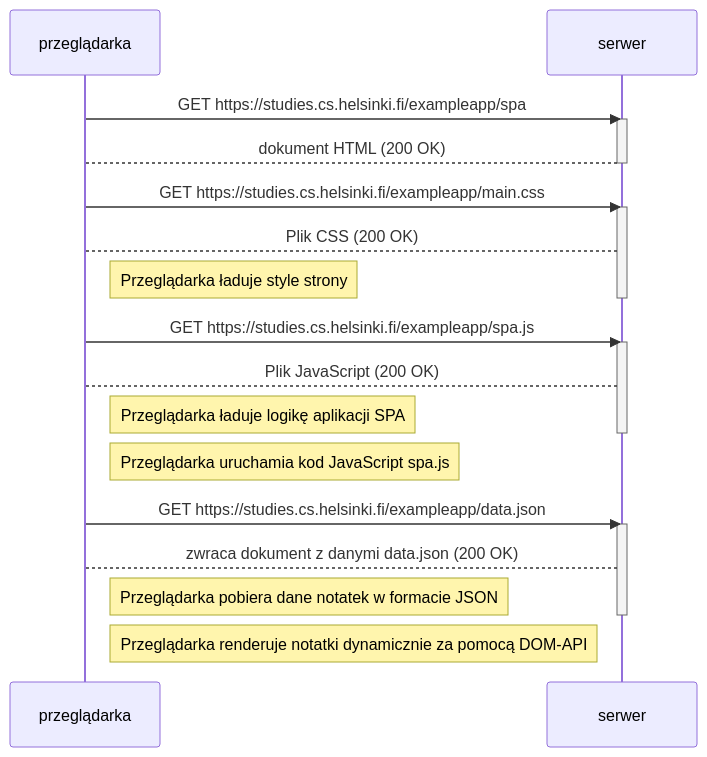
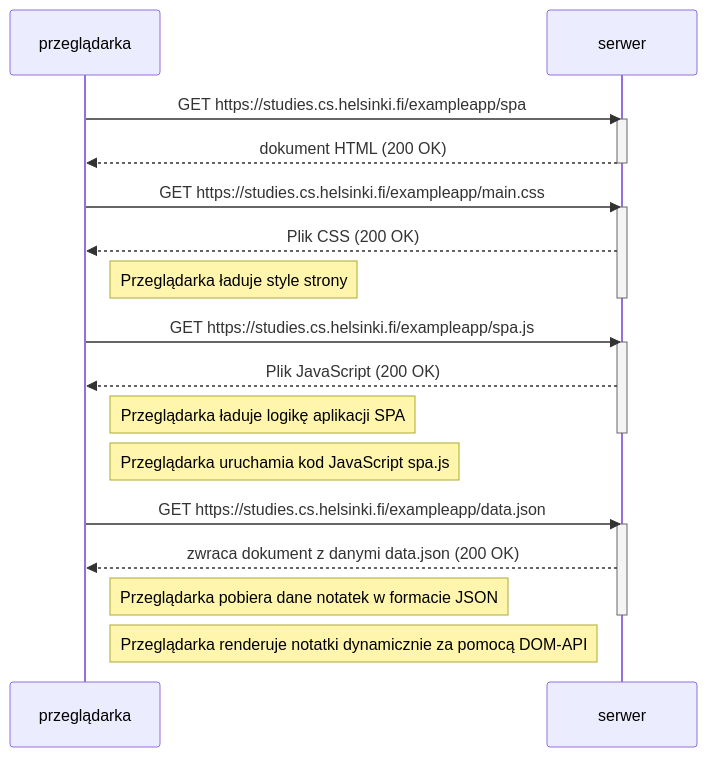
Before and after one commit to szczygi123/Fullstack---zadania: the diagram in part 0/0.5-Fullstack.mmd, drawn with Mermaid.

Commit message:
nowe 0.5

```diff
--- a/part 0/0.5-Fullstack.mmd
+++ b/part 0/0.5-Fullstack.mmd
@@ -1,35 +1,35 @@
 sequenceDiagram
     participant przeglądarka
     participant serwer
 
     przeglądarka->>serwer: GET https://studies.cs.helsinki.fi/exampleapp/spa
     activate serwer
-    serwer-->przeglądarka: dokument HTML (200 OK)
+    serwer-->>przeglądarka: dokument HTML (200 OK)
     deactivate serwer
 
 
     przeglądarka->>serwer: GET https://studies.cs.helsinki.fi/exampleapp/main.css
     activate serwer
 
-    serwer-->przeglądarka: Plik CSS (200 OK)
+    serwer-->>przeglądarka: Plik CSS (200 OK)
     Note right of przeglądarka: Przeglądarka ładuje style strony
     deactivate serwer
 
 
     przeglądarka->>serwer: GET https://studies.cs.helsinki.fi/exampleapp/spa.js
     activate serwer
-    serwer-->przeglądarka: Plik JavaScript (200 OK)
+    serwer-->>przeglądarka: Plik JavaScript (200 OK)
     Note right of przeglądarka: Przeglądarka ładuje logikę aplikacji SPA
     deactivate serwer
 
 
     Note right of przeglądarka: Przeglądarka uruchamia kod JavaScript spa.js
 
     przeglądarka->>serwer: GET https://studies.cs.helsinki.fi/exampleapp/data.json
     activate serwer
-    serwer-->przeglądarka: zwraca dokument z danymi data.json (200 OK)
+    serwer-->>przeglądarka: zwraca dokument z danymi data.json (200 OK)
     Note right of przeglądarka: Przeglądarka pobiera dane notatek w formacie JSON
     deactivate serwer
 
 
     Note right of przeglądarka: Przeglądarka renderuje notatki dynamicznie za pomocą DOM-API
```
